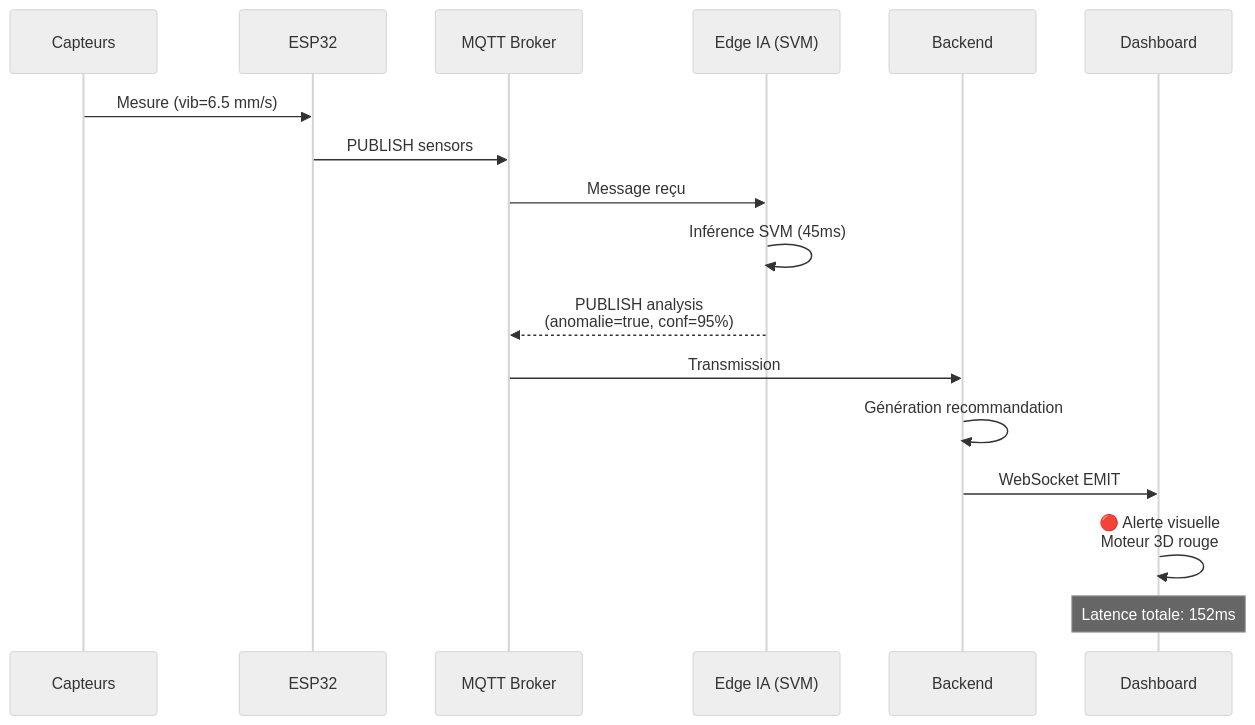
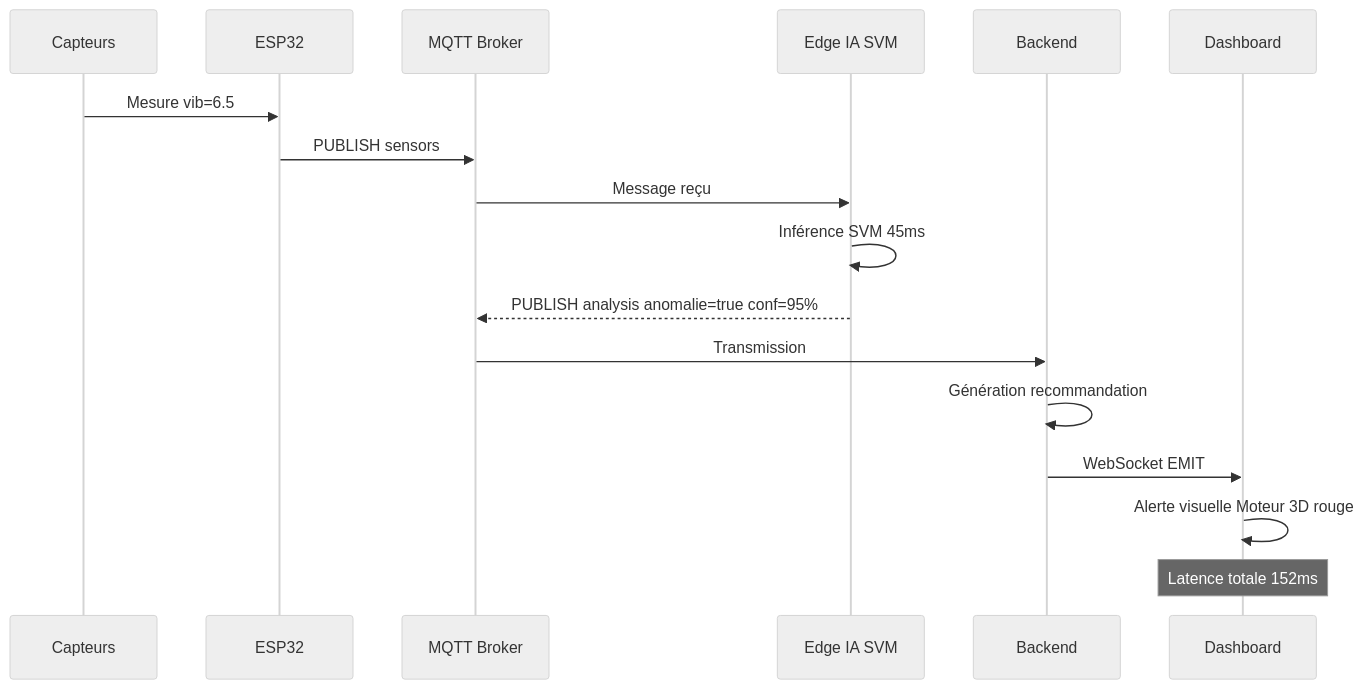
One commit to doosr/Predictive_maintenance changed the second of 4 diagrams in README.md. Above: the diagram before and after it, drawn with Mermaid (neutral theme). The commit also changed other lines of this file, not shown here.

Commit message:
Fix Mermaid diagrams syntax: remove pipe and BR tags for GitHub compatibility

````diff
--- a/README.md
+++ b/README.md
@@ -96,20 +96,20 @@
 ```mermaid
 sequenceDiagram
     participant C as Capteurs
     participant E as ESP32
     participant M as MQTT Broker
-    participant AI as Edge IA (SVM)
+    participant AI as Edge IA SVM
     participant B as Backend
     participant D as Dashboard
 
-    C->>E: Mesure (vib=6.5 mm/s)
+    C->>E: Mesure vib=6.5
     E->>M: PUBLISH sensors
     M->>AI: Message reçu
-    AI->>AI: Inférence SVM (45ms)
-    AI-->>M: PUBLISH analysis<br/>(anomalie=true, conf=95%)
+    AI->>AI: Inférence SVM 45ms
+    AI-->>M: PUBLISH analysis anomalie=true conf=95%
     M->>B: Transmission
     B->>B: Génération recommandation
     B->>D: WebSocket EMIT
-    D->>D: 🔴 Alerte visuelle<br/>Moteur 3D rouge
-    Note over D: Latence totale: 152ms
+    D->>D: Alerte visuelle Moteur 3D rouge
+    Note over D: Latence totale 152ms
 ```
````
